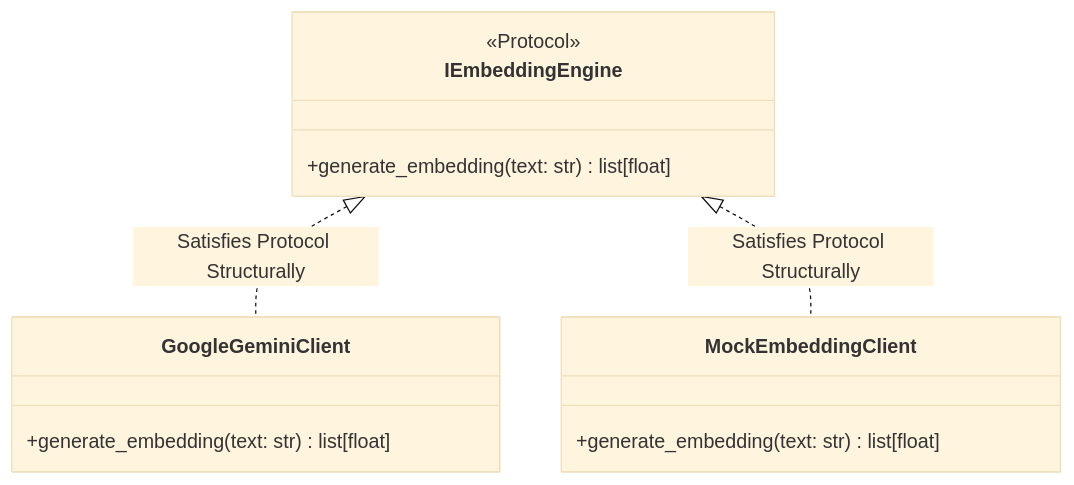
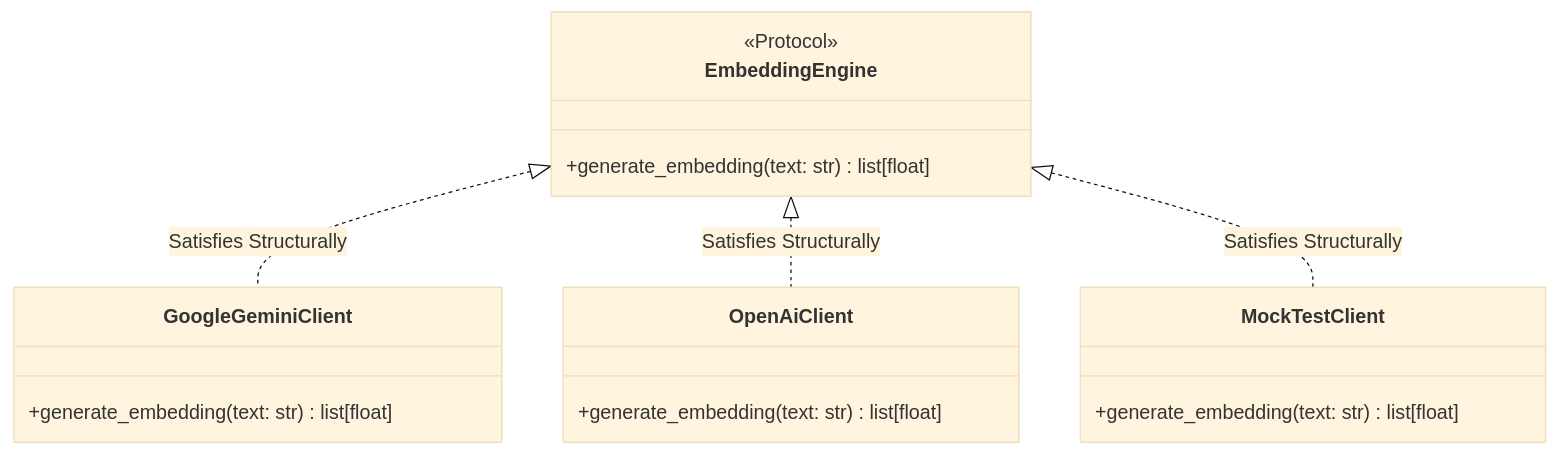
Before and after one commit to primecoderIN/learning-docs: the sixth of 7 diagrams in Python_FastAPI_AI_Architect/08_Module_8_Type_Hints_and_Protocols.md, drawn with Mermaid (base theme). The commit also changed other lines of this file and 21 other files, not shown here.

````diff
--- a/Python_FastAPI_AI_Architect/08_Module_8_Type_Hints_and_Protocols.md
+++ b/Python_FastAPI_AI_Architect/08_Module_8_Type_Hints_and_Protocols.md
@@ -312,15 +1395,20 @@
 ```mermaid
 classDiagram
-    class IEmbeddingEngine {
+    class EmbeddingEngine {
         <<Protocol>>
         +generate_embedding(text: str) list[float]
     }
     class GoogleGeminiClient {
         +generate_embedding(text: str) list[float]
     }
-    class MockEmbeddingClient {
+    class OpenAiClient {
         +generate_embedding(text: str) list[float]
     }
-    IEmbeddingEngine <|.. GoogleGeminiClient : Satisfies Protocol Structurally
-    IEmbeddingEngine <|.. MockEmbeddingClient : Satisfies Protocol Structurally
+    class MockTestClient {
+        +generate_embedding(text: str) list[float]
+    }
+
+    EmbeddingEngine <|.. GoogleGeminiClient : Satisfies Structurally
+    EmbeddingEngine <|.. OpenAiClient : Satisfies Structurally
+    EmbeddingEngine <|.. MockTestClient : Satisfies Structurally
 ```
````
